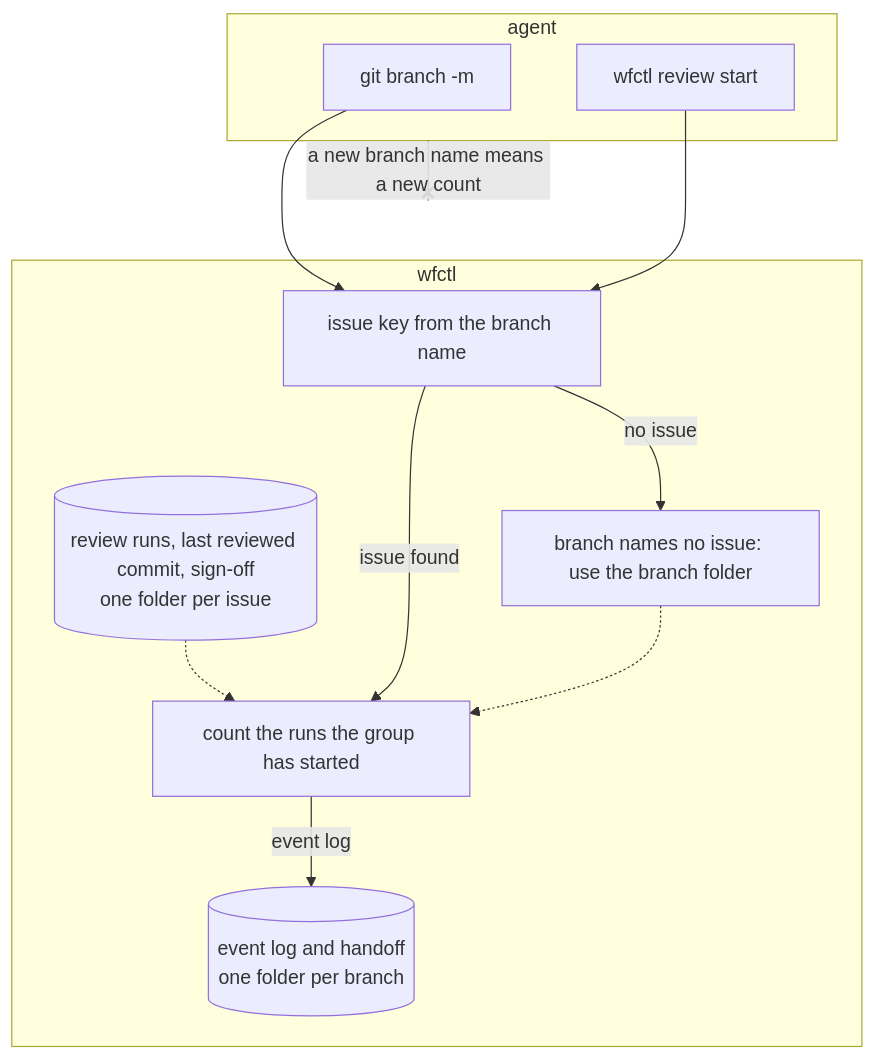
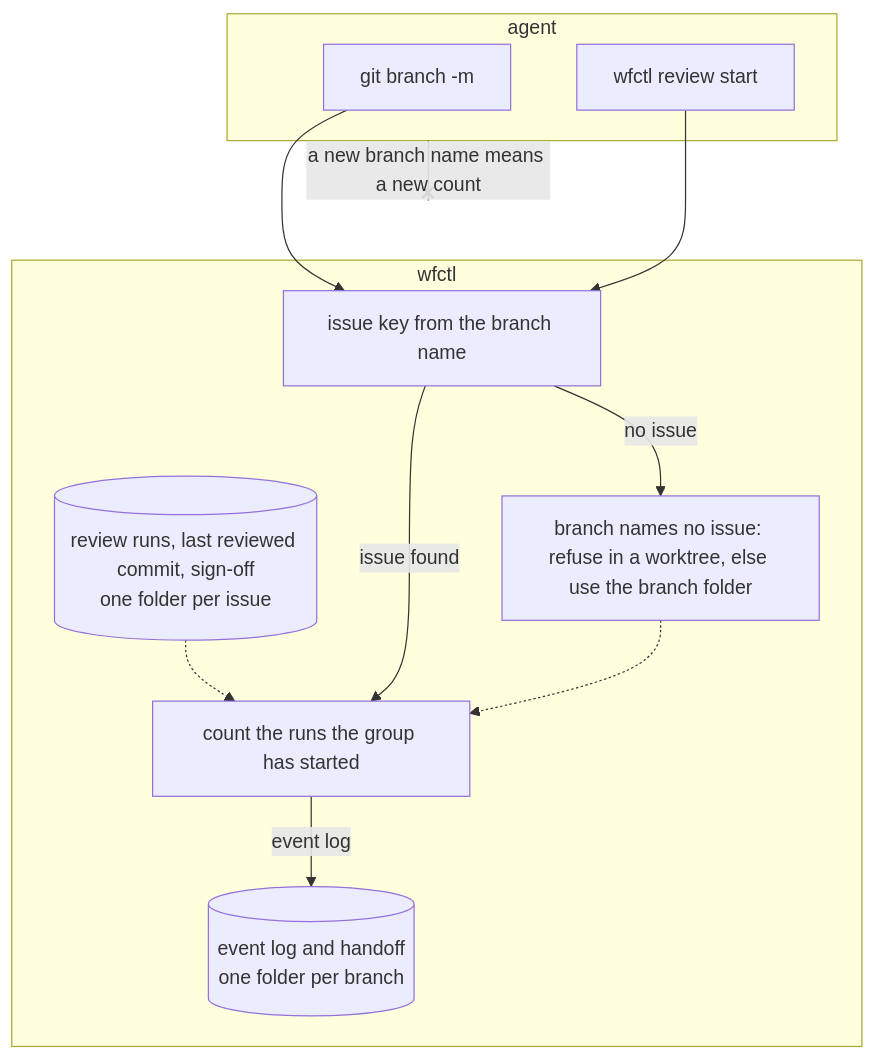
The diagram in docs/architecture/review-round-issue-key.md (aamarin/wfctl), drawn with Mermaid before and after one commit. The commit also changed other lines of this file and 5 other files, not shown here.

First line of the commit message:
fix(review): refuse a worktree branch that names no issue

````diff
--- a/docs/architecture/review-round-issue-key.md
+++ b/docs/architecture/review-round-issue-key.md
@@ -57,23 +63,23 @@
 ```mermaid
 flowchart TB
   subgraph agent["agent"]
     rename["git branch -m"]
     start["wfctl review start"]
   end
   subgraph wfctl
     key["issue key from the branch name"]
     issue[("review runs, last reviewed commit, sign-off<br/>one folder per issue")]
     branch[("event log and handoff<br/>one folder per branch")]
     count["count the runs the group has started"]
-    nokey["branch names no issue: use the branch folder"]
+    nokey["branch names no issue: refuse in a worktree, else use the branch folder"]
   end
 
   rename --> key
   start --> key
   key -- "issue found" --> count
   key -- "no issue" --> nokey
   issue -.-> count
   nokey -.-> count
   count -- "event log" --> branch
   agent -- "a new branch name means a new count" --x wfctl
 ```
````
